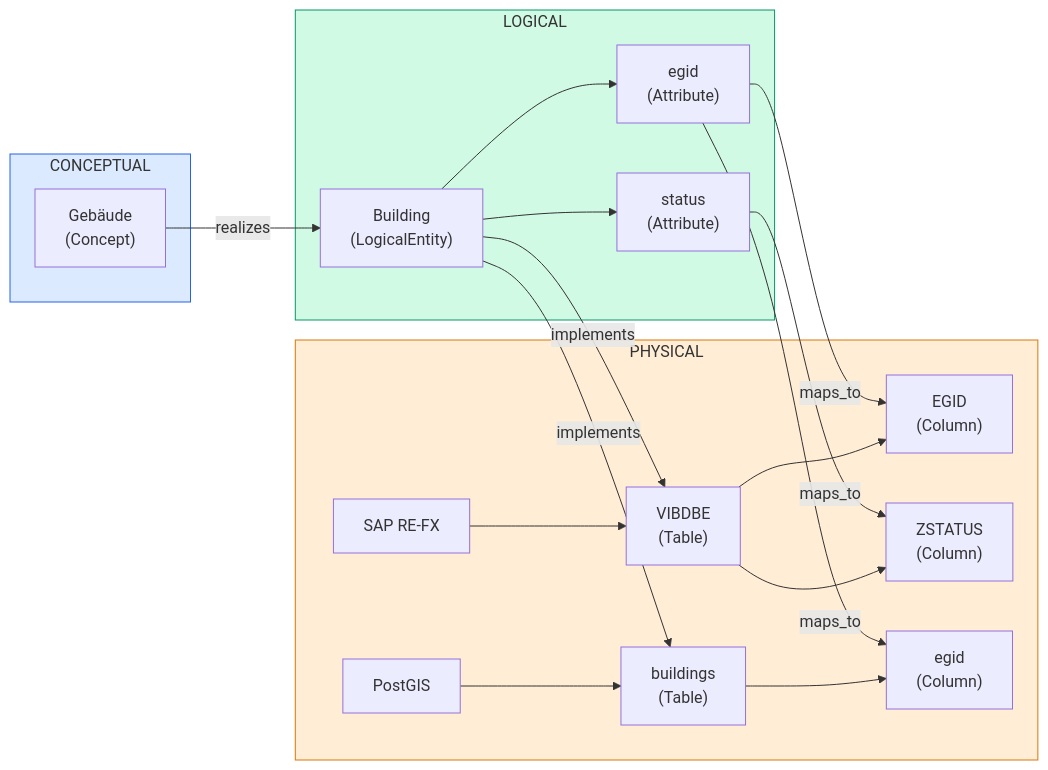
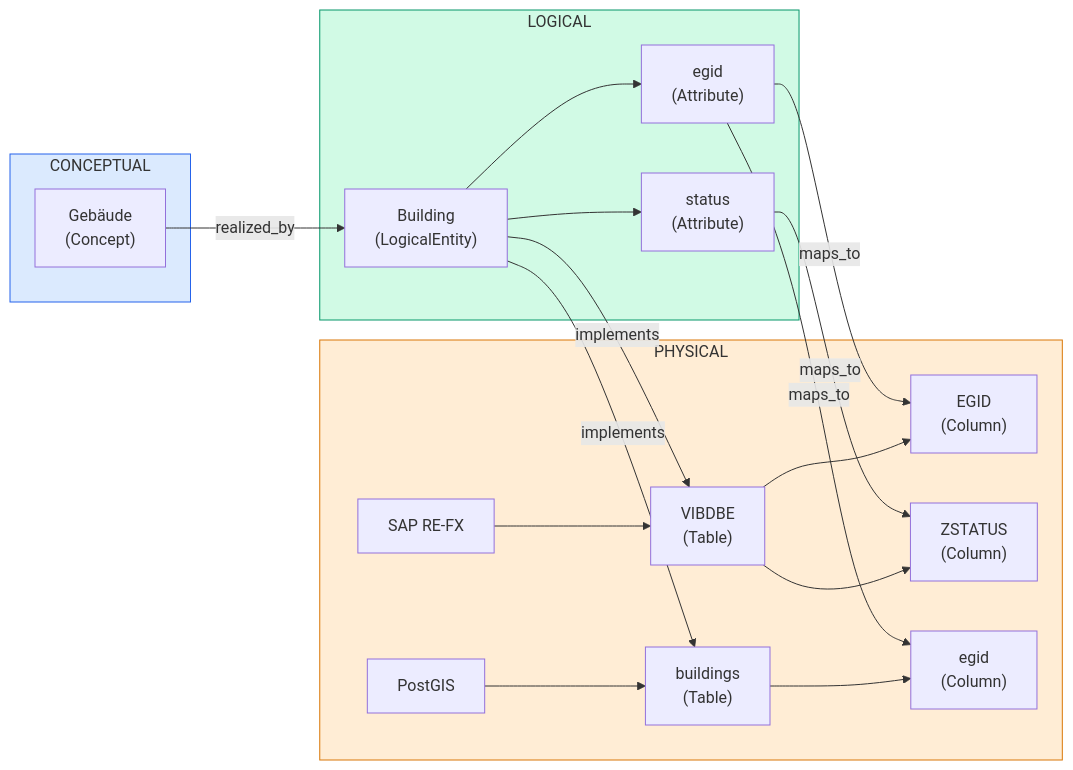
One commit to davras5/meta-atlas changed the third of 3 diagrams in documentation/DATAMODEL.md. Above: the diagram before and after it, drawn with Mermaid. The commit also changed other lines of this file and 9 other files, not shown here.

````diff
--- a/documentation/DATAMODEL.md
+++ b/documentation/DATAMODEL.md
@@ -1461,44 +1464,44 @@
 ```mermaid
 flowchart LR
     subgraph Conceptual["CONCEPTUAL"]
         C1["Gebäude<br/>(Concept)"]
     end
 
     subgraph Logical["LOGICAL"]
         L1["Building<br/>(LogicalEntity)"]
         L1A["egid<br/>(Attribute)"]
         L1B["status<br/>(Attribute)"]
     end
 
     subgraph Physical["PHYSICAL"]
         P1["SAP RE-FX"]
         P1T["VIBDBE<br/>(Table)"]
         P1C1["EGID<br/>(Column)"]
         P1C2["ZSTATUS<br/>(Column)"]
 
         P2["PostGIS"]
         P2T["buildings<br/>(Table)"]
         P2C1["egid<br/>(Column)"]
     end
 
-    C1 -->|realizes| L1
+    C1 -->|realized_by| L1
     L1 --> L1A
     L1 --> L1B
 
     L1 -->|implements| P1T
     L1 -->|implements| P2T
 
     L1A -->|maps_to| P1C1
     L1A -->|maps_to| P2C1
     L1B -->|maps_to| P1C2
 
     P1 --> P1T
     P1T --> P1C1
     P1T --> P1C2
     P2 --> P2T
     P2T --> P2C1
 
     style Conceptual fill:#dbeafe,stroke:#2563eb
     style Logical fill:#d1fae5,stroke:#059669
     style Physical fill:#ffedd5,stroke:#d97706
 ```
````
